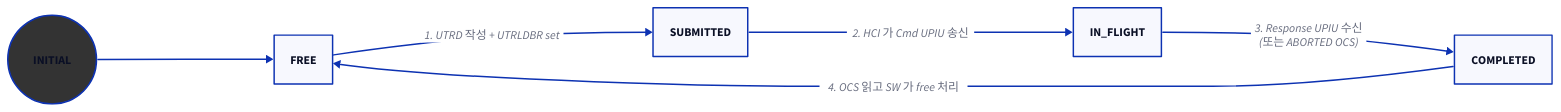
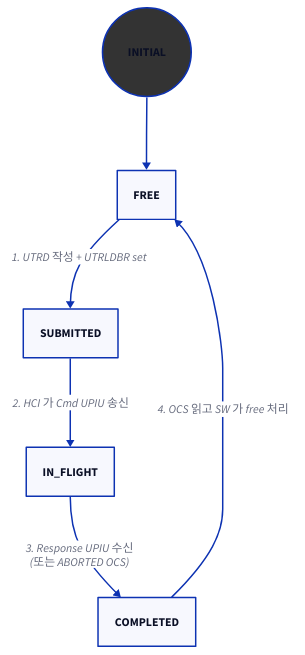
One commit to humbleowl39/DV_SKOOL changed the sixth of 6 diagrams in topics/ufs_hci/docs/03_upiu_command_flow.md. Above: the diagram before and after it, drawn with D2. The commit also changed 90 other files, not shown here.

First line of the commit message:
docs: 전 토픽 다이어그램 정비 — ASCII→D2, mermaid→D2, 과대 D2 가시성 수정

````diff
--- a/topics/ufs_hci/docs/03_upiu_command_flow.md
+++ b/topics/ufs_hci/docs/03_upiu_command_flow.md
@@ -237,14 +237,14 @@
 ```d2
-direction: right
+direction: down
 
 INITIAL { shape: circle; style.fill: "#333" }
 INITIAL -> FREE
 FREE -> SUBMITTED: "1. UTRD 작성 + UTRLDBR set"
 SUBMITTED -> IN_FLIGHT: "2. HCI 가 Cmd UPIU 송신"
 IN_FLIGHT -> COMPLETED: "3. Response UPIU 수신\n(또는 ABORTED OCS)"
 COMPLETED -> FREE: "4. OCS 읽고 SW 가 free 처리"
 # unparsed: note right of COMPLETED
 # unparsed: 재사용 가능 시점 = 4 이후
 # unparsed: 3 만으로는 부족 — race
 # unparsed: end note
 ```
````
